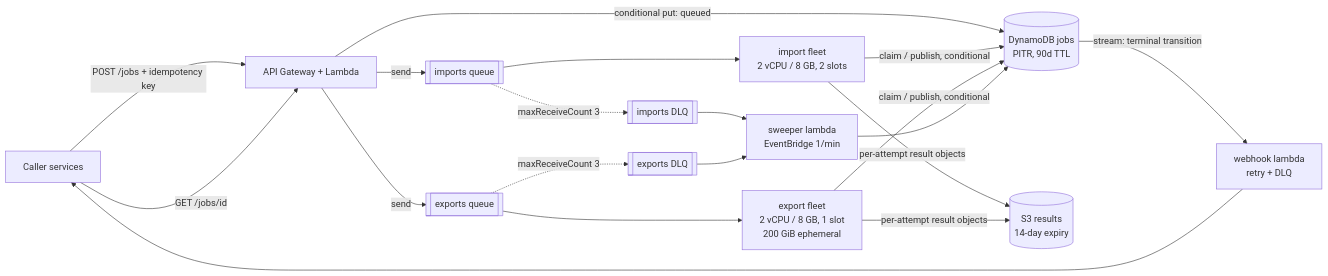
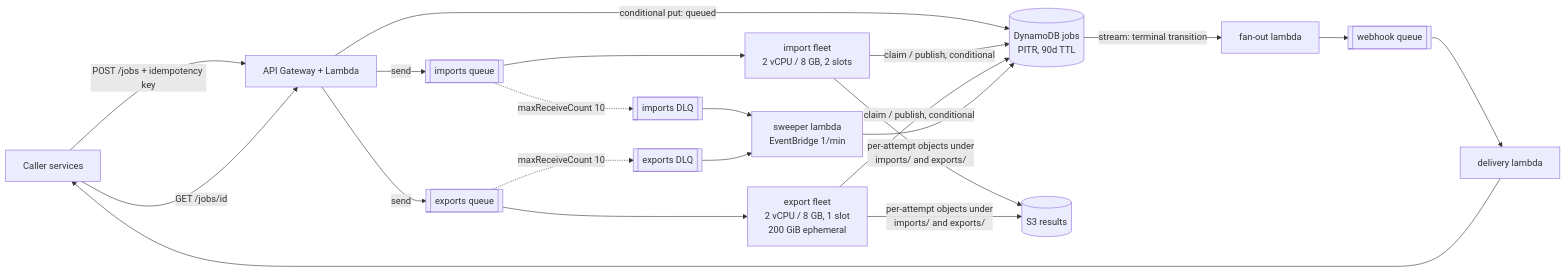
The diagram in itpipes-conversion-service/DESIGN.md (wkang11/OOP), drawn with Mermaid before and after one commit. The commit also changed other lines of this file and 10 other files, not shown here.

````diff
--- a/itpipes-conversion-service/DESIGN.md
+++ b/itpipes-conversion-service/DESIGN.md
@@ -5,18 +5,18 @@
 ```mermaid
 flowchart LR
   C[Caller services] -->|POST /jobs + idempotency key| API[API Gateway + Lambda]
   API -->|conditional put: queued| DDB[(DynamoDB jobs<br/>PITR, 90d TTL)]
   API -->|send| QI[[imports queue]]
   API -->|send| QE[[exports queue]]
   QI --> WI[import fleet<br/>2 vCPU / 8 GB, 2 slots]
   QE --> WE[export fleet<br/>2 vCPU / 8 GB, 1 slot<br/>200 GiB ephemeral]
-  QI -.maxReceiveCount 3.-> DLQI[[imports DLQ]]
-  QE -.maxReceiveCount 3.-> DLQE[[exports DLQ]]
+  QI -.maxReceiveCount 10.-> DLQI[[imports DLQ]]
+  QE -.maxReceiveCount 10.-> DLQE[[exports DLQ]]
   WI & WE -->|claim / publish, conditional| DDB
-  WI & WE -->|per-attempt result objects| S3[(S3 results<br/>14-day expiry)]
-  DDB -->|stream: terminal transition| WH[webhook lambda<br/>retry + DLQ]
-  WH --> C
+  WI & WE -->|per-attempt objects under<br/>imports/ and exports/| S3[(S3 results)]
+  DDB -->|stream: terminal transition| FAN[fan-out lambda]
+  FAN --> WQ[[webhook queue]] --> WH[delivery lambda] --> C
   C -->|GET /jobs/id| API
   SW[sweeper lambda<br/>EventBridge 1/min] --> DDB
   DLQI & DLQE --> SW
 ```
````
